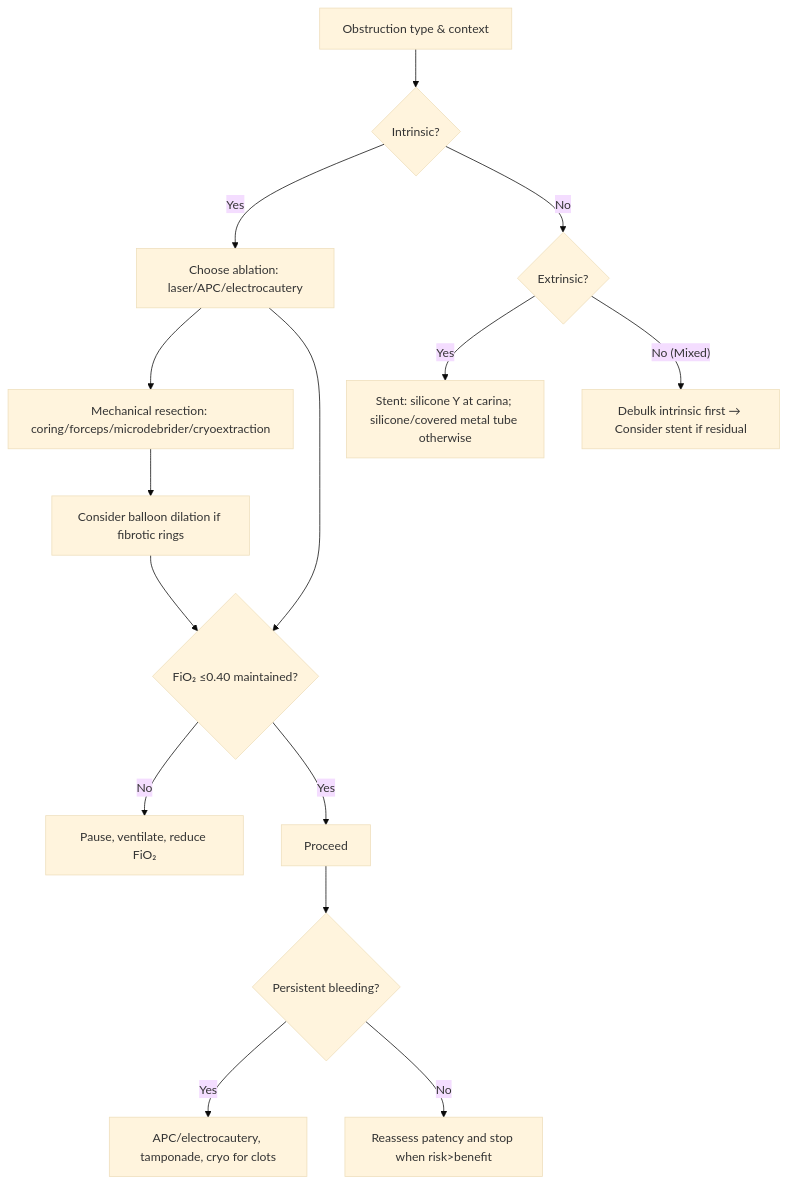
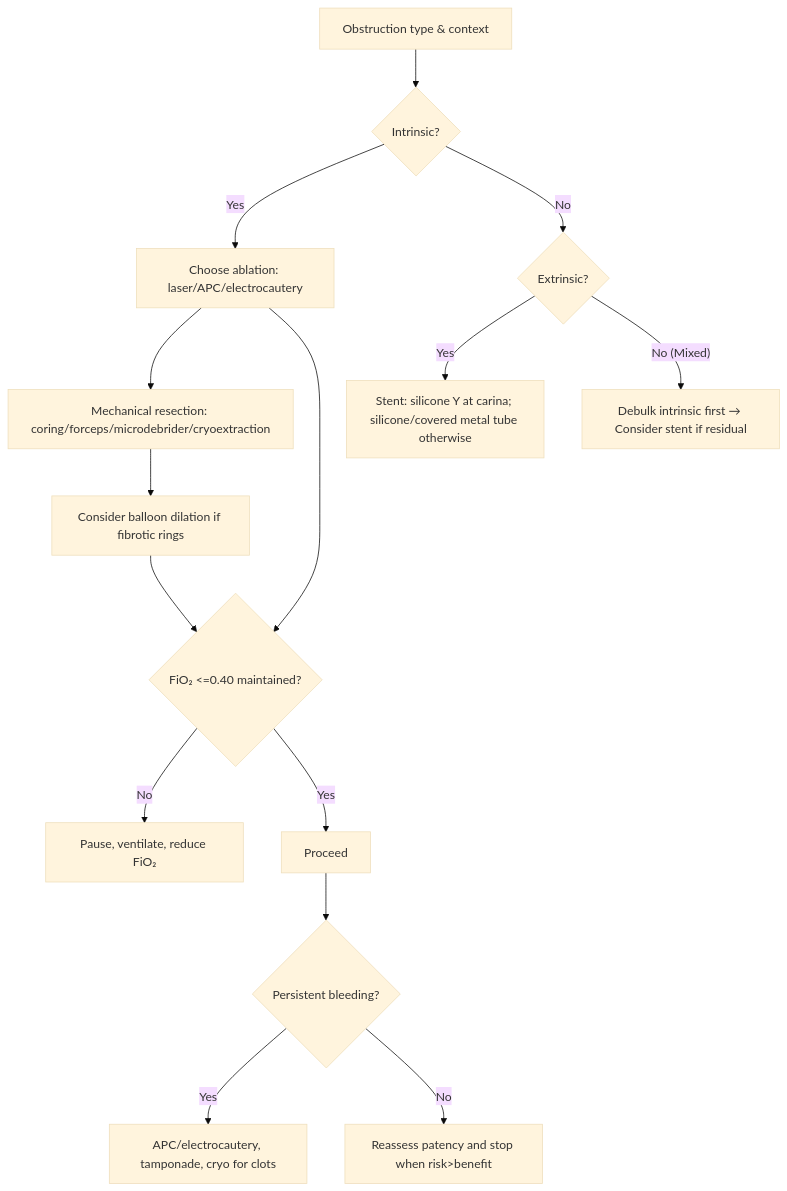
The second of 2 diagrams in content/modules/board/management-of-malignant-central-airway-obstruction.mdx (russellmiller49/Interventional-Pulm-Education-Project), drawn with Mermaid (base theme) before and after one commit. The commit also changed other lines of this file and 23 other files, not shown here.

````diff
--- a/content/modules/board/management-of-malignant-central-airway-obstruction.mdx
+++ b/content/modules/board/management-of-malignant-central-airway-obstruction.mdx
@@ -229,17 +229,17 @@
 ```mermaid
 flowchart TD
 A[Obstruction type & context] --> B{Intrinsic?}
 B -- Yes --> C[Choose ablation: laser/APC/electrocautery]
 C --> D[Mechanical resection: coring/forceps/microdebrider/cryoextraction]
 D --> E[Consider balloon dilation if fibrotic rings]
 B -- No --> F{Extrinsic?}
 F -- Yes --> G[Stent: silicone Y at carina; silicone/covered metal tube otherwise]
 F -- No (Mixed) --> H[Debulk intrinsic first → Consider stent if residual]
-E --> I{FiO₂ ≤0.40 maintained?}
+E --> I{FiO₂ <=0.40 maintained?}
 C --> I
 I -- No --> J[Pause, ventilate, reduce FiO₂]
 I -- Yes --> K[Proceed]
 K --> L{Persistent bleeding?}
 L -- Yes --> M[APC/electrocautery, tamponade, cryo for clots]
 L -- No --> N[Reassess patency and stop when risk>benefit]
 ```
````
